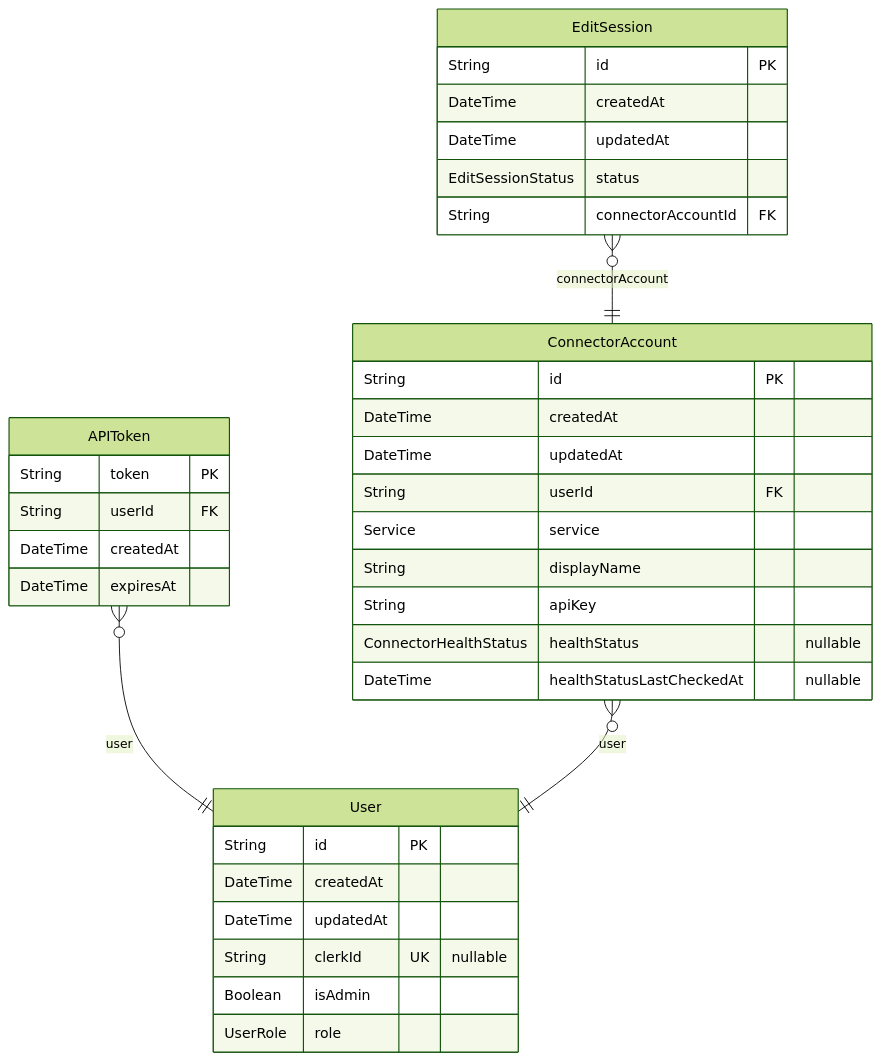
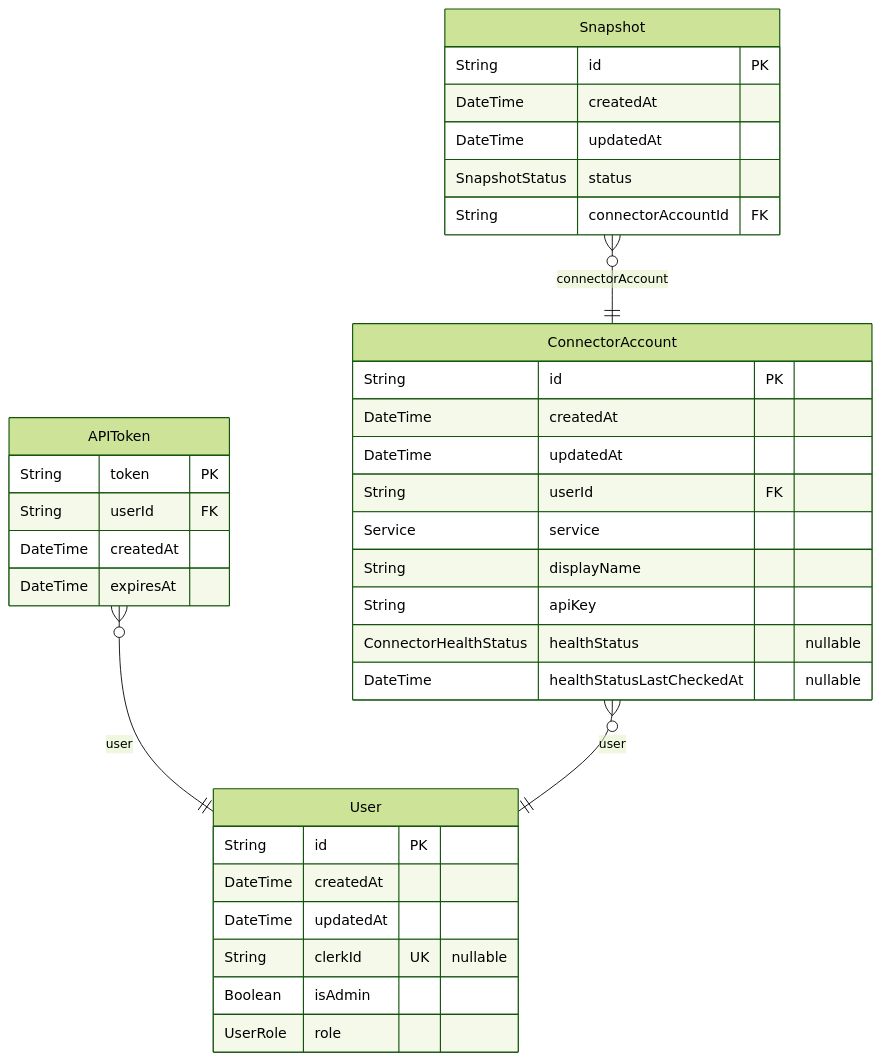
Before and after one commit to whalesync/scratch-cli: the diagram in server/prisma/ERD.md, drawn with Mermaid (forest theme). The commit also changed other lines of this file and 22 other files, not shown here.

````diff
--- a/server/prisma/ERD.md
+++ b/server/prisma/ERD.md
@@ -9,38 +9,38 @@
 ```mermaid
 erDiagram
 "User" {
   String id PK
   DateTime createdAt
   DateTime updatedAt
   String clerkId UK "nullable"
   Boolean isAdmin
   UserRole role
 }
 "APIToken" {
   String token PK
   String userId FK
   DateTime createdAt
   DateTime expiresAt
 }
 "ConnectorAccount" {
   String id PK
   DateTime createdAt
   DateTime updatedAt
   String userId FK
   Service service
   String displayName
   String apiKey
   ConnectorHealthStatus healthStatus "nullable"
   DateTime healthStatusLastCheckedAt "nullable"
 }
-"EditSession" {
+"Snapshot" {
   String id PK
   DateTime createdAt
   DateTime updatedAt
-  EditSessionStatus status
+  SnapshotStatus status
   String connectorAccountId FK
 }
 "APIToken" }o--|| "User" : user
 "ConnectorAccount" }o--|| "User" : user
-"EditSession" }o--|| "ConnectorAccount" : connectorAccount
+"Snapshot" }o--|| "ConnectorAccount" : connectorAccount
 ```
````
